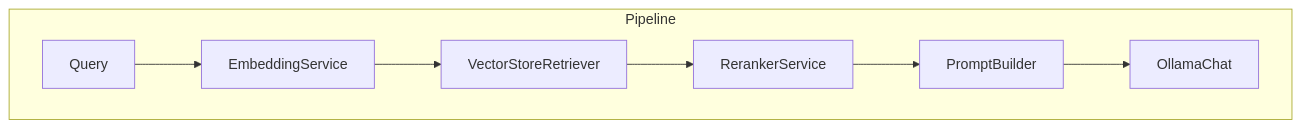
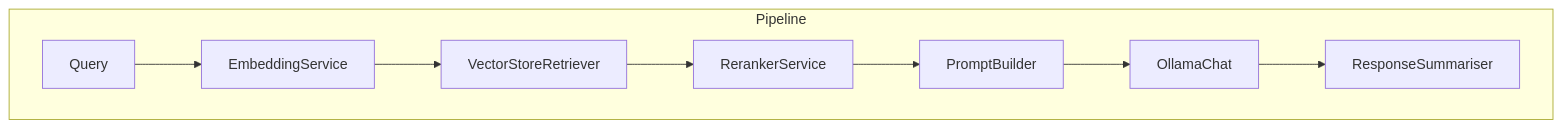
The diagram in docs/langchain/overview.md (Cstannahill/ollama-web), drawn with Mermaid before and after one commit. The commit also changed other lines of this file and 10 other files, not shown here.

````diff
--- a/docs/langchain/overview.md
+++ b/docs/langchain/overview.md
@@ -25,12 +25,13 @@
 ```mermaid
 flowchart TD
     subgraph Pipeline
         Q[Query]
         E[EmbeddingService]
         R[VectorStoreRetriever]
         RR[RerankerService]
         P[PromptBuilder]
         C[OllamaChat]
+        S[ResponseSummariser]
     end
-    Q --> E --> R --> RR --> P --> C
+    Q --> E --> R --> RR --> P --> C --> S
 ```
````
